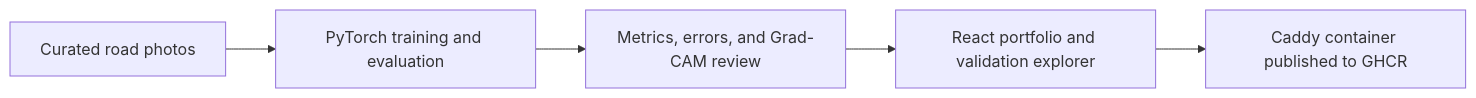
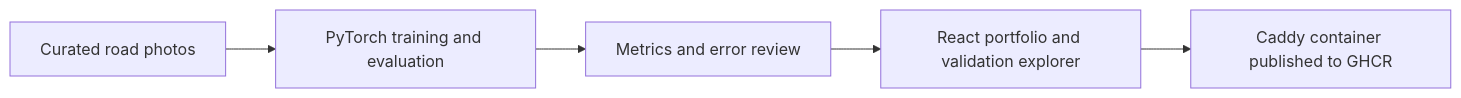
The diagram in README.md (ChaddBrenner/tail-of-dragon-car-classifier), drawn with Mermaid before and after one commit. The commit also changed other lines of this file and 53 other files, not shown here.

First line of the commit message:
Simplify portfolio copy and remove Grad-CAM section

````diff
--- a/README.md
+++ b/README.md
@@ -59,7 +58,7 @@
 ```mermaid
 flowchart LR
   Photos["Curated road photos"] --> Train["PyTorch training and evaluation"]
-  Train --> Review["Metrics, errors, and Grad-CAM review"]
+  Train --> Review["Metrics and error review"]
   Review --> Gallery["React portfolio and validation explorer"]
   Gallery --> Container["Caddy container published to GHCR"]
 ```
````
